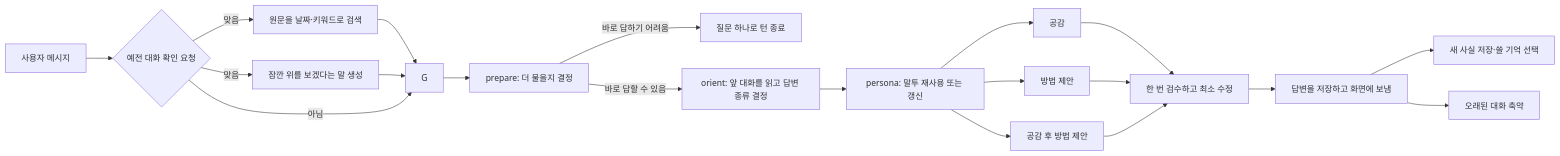
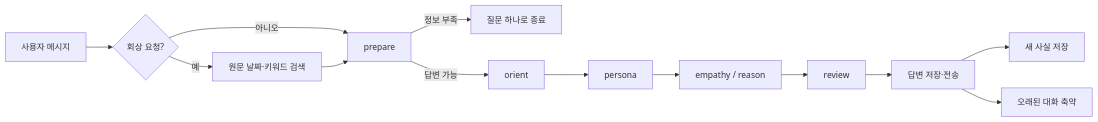
The diagram in README.md (algocean1204/emotion-healer), drawn with Mermaid before and after one commit. The commit also changed other lines of this file, not shown here.

````diff
--- a/README.md
+++ b/README.md
@@ -25,22 +75,15 @@
 ```mermaid
 flowchart LR
-    U[사용자 메시지] --> H{예전 대화 확인 요청}
-    H -->|맞음| S[원문을 날짜·키워드로 검색]
-    H -->|맞음| C[잠깐 위를 보겠다는 말 생성]
-    S --> G
-    C --> G
-    H -->|아님| G
-    G --> P[prepare: 더 물을지 결정]
-    P -->|바로 답하기 어려움| Q[질문 하나로 턴 종료]
-    P -->|바로 답할 수 있음| O[orient: 앞 대화를 읽고 답변 종류 결정]
-    O --> N[persona: 말투 재사용 또는 갱신]
-    N --> E[공감]
-    N --> R[방법 제안]
-    N --> B[공감 후 방법 제안]
-    E --> V[한 번 검수하고 최소 수정]
-    R --> V
-    B --> V
-    V --> A[답변을 저장하고 화면에 보냄]
-    A --> M[새 사실 저장·쓸 기억 선택]
+    U[사용자 메시지] --> H{회상 요청?}
+    H -->|예| S[원문 날짜·키워드 검색]
+    H -->|아니오| P
+    S --> P[prepare]
+    P -->|정보 부족| Q[질문 하나로 종료]
+    P -->|답변 가능| O[orient]
+    O --> N[persona]
+    N --> E[empathy / reason]
+    E --> V[review]
+    V --> A[답변 저장·전송]
+    A --> M[새 사실 저장]
     A --> X[오래된 대화 축약]
 ```
````
